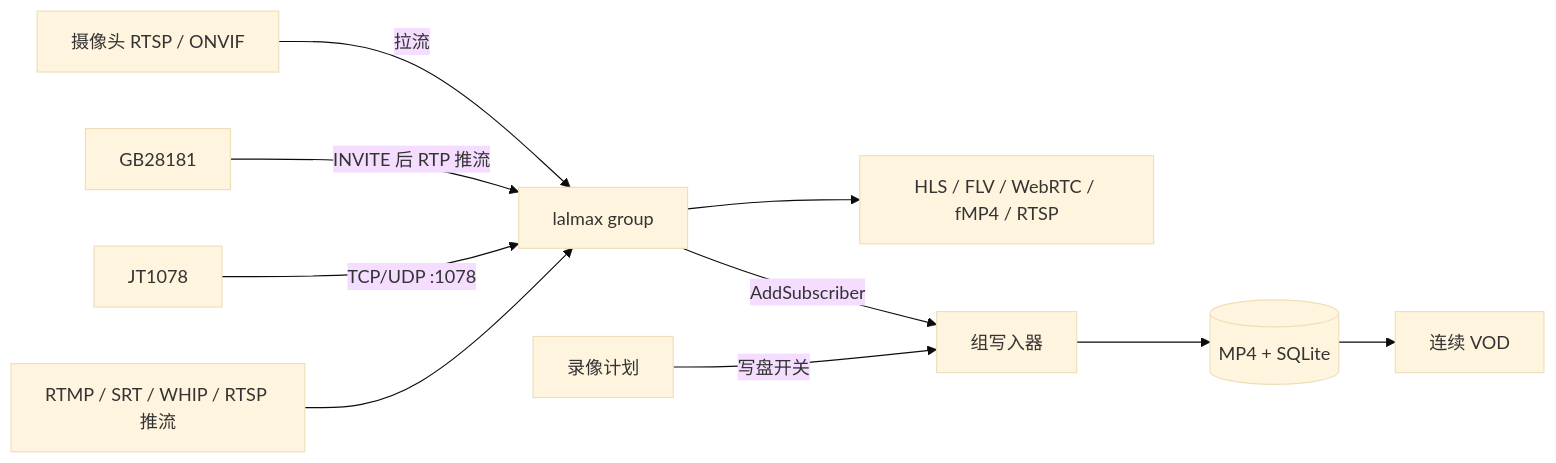
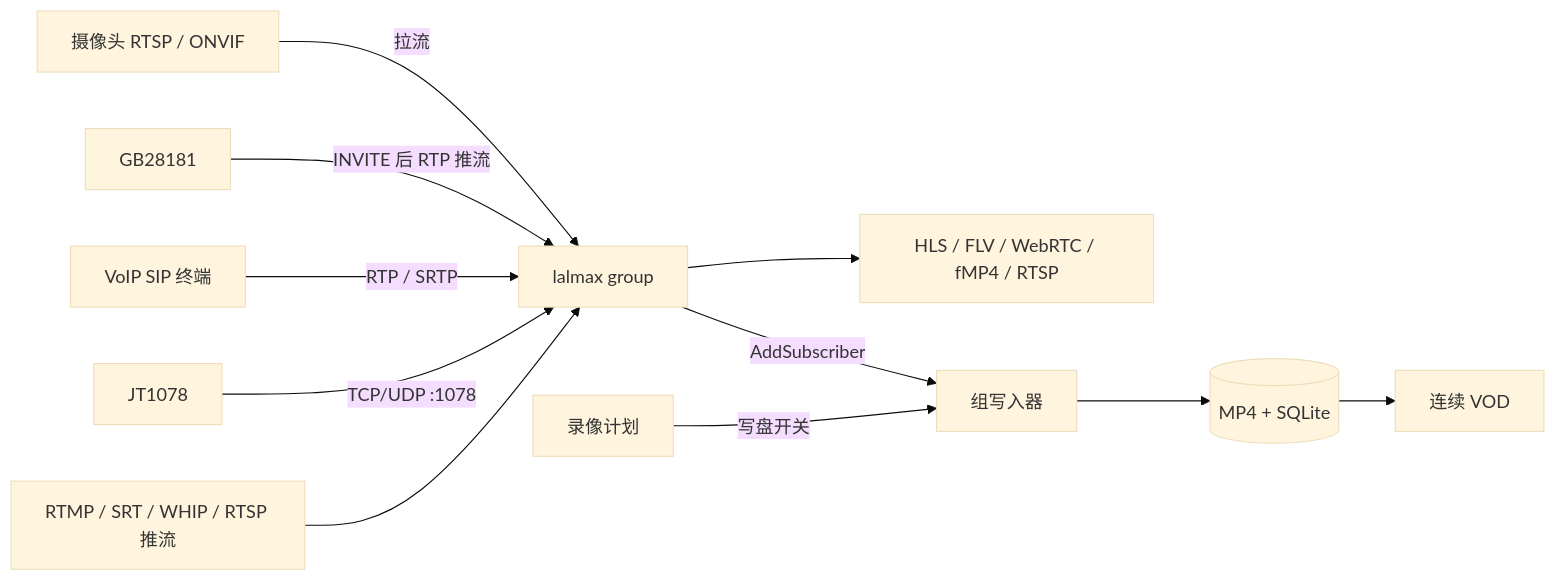
Before and after one commit to lalmax-pro/lalmax-nvr: the diagram in README.zh.md, drawn with Mermaid (base theme). The commit also changed other lines of this file and 3 other files, not shown here.

````diff
--- a/README.zh.md
+++ b/README.zh.md
@@ -36,12 +36,13 @@
 ```mermaid
 flowchart LR
   Cam[摄像头 RTSP / ONVIF] -->|拉流| Group[lalmax group]
   GB[GB28181] -->|INVITE 后 RTP 推流| Group
+  SIP[VoIP SIP 终端] -->|RTP / SRTP| Group
   JT[JT1078] -->|TCP/UDP :1078| Group
   Push[RTMP / SRT / WHIP / RTSP 推流] --> Group
   Group --> Live[HLS / FLV / WebRTC / fMP4 / RTSP]
   Group -->|AddSubscriber| Rec[组写入器]
   Plan[录像计划] -->|写盘开关| Rec
   Rec --> Disk[(MP4 + SQLite)]
   Disk --> VOD[连续 VOD]
 ```
````
